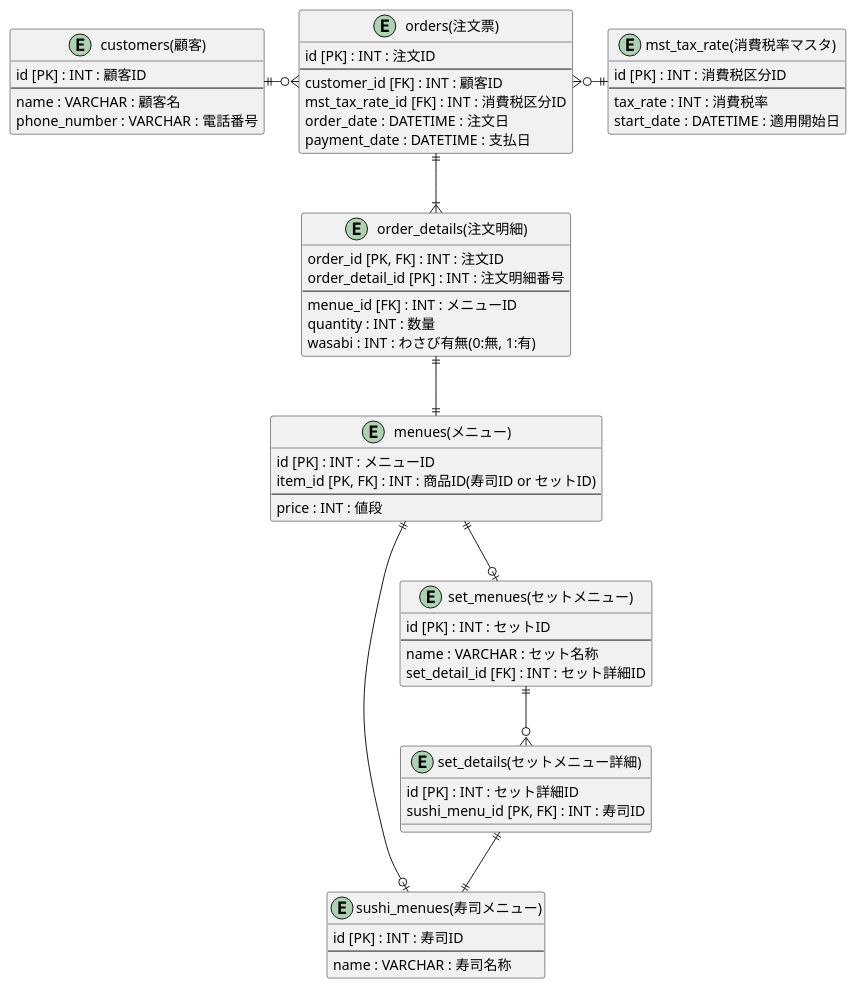
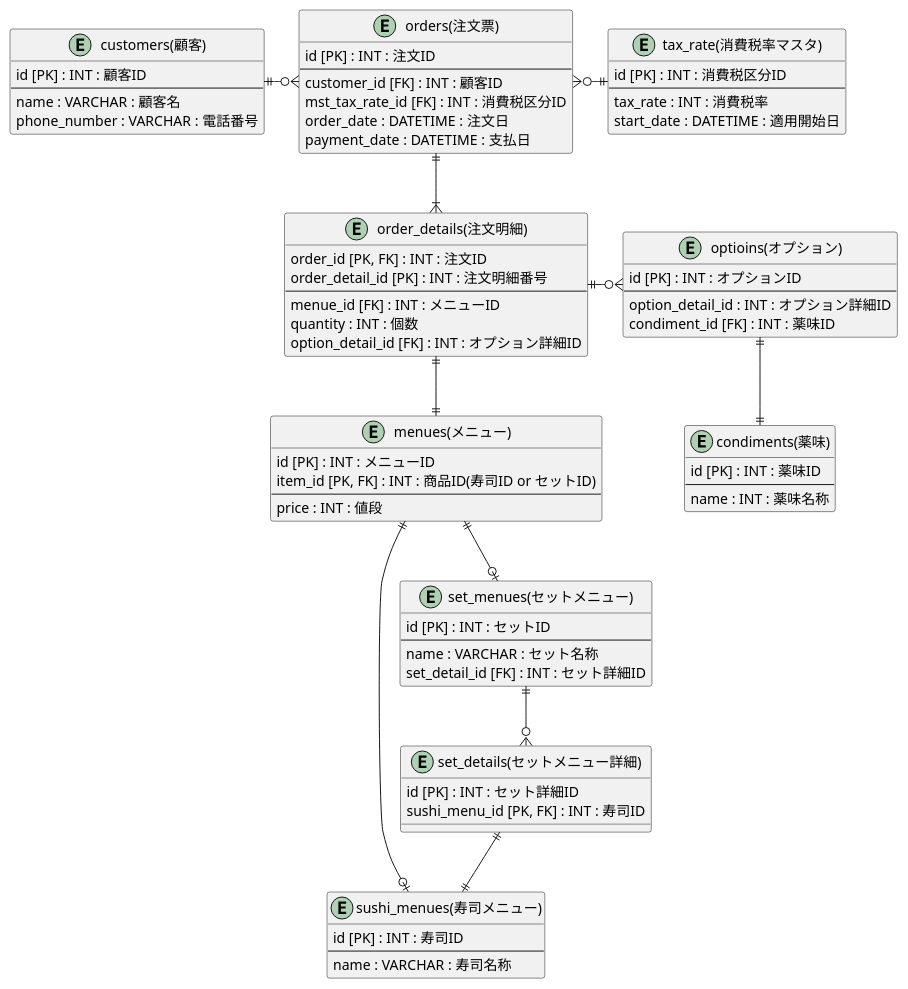
The diagram in I84PdeRyF2ApGF/db_modeling01/task_01/dbModeling_01.pu (praha-inc/praha-challenge-7), drawn with PlantUML before and after one commit.

Commit message:
[Update] er図 オプションテーブルの追加

```diff
--- a/I84PdeRyF2ApGF/db_modeling01/task_01/dbModeling_01.pu
+++ b/I84PdeRyF2ApGF/db_modeling01/task_01/dbModeling_01.pu
@@ -1,81 +1,96 @@
 @startuml dbModeling1
     Entity "menues(メニュー)" as menues {
         id [PK] : INT : メニューID
         item_id [PK, FK] : INT : 商品ID(寿司ID or セットID)
         --
         price : INT : 値段
     }
 
     Entity "sushi_menues(寿司メニュー)" as sushi_menues {
         id [PK] : INT : 寿司ID
         --
         name : VARCHAR : 寿司名称
     }
 
     Entity "set_menues(セットメニュー)" as set_menues {
         id [PK] : INT : セットID
         --
         name : VARCHAR : セット名称
         set_detail_id [FK] : INT : セット詳細ID
     }
 
     Entity "set_details(セットメニュー詳細)" as set_details {
         id [PK] : INT : セット詳細ID
         sushi_menu_id [PK, FK] : INT : 寿司ID
     }
 
-    Entity "mst_tax_rate(消費税率マスタ)" as mst_tax_rate{
+    Entity "tax_rate(消費税率マスタ)" as tax_rate{
         id [PK] : INT : 消費税区分ID
         --
         tax_rate : INT : 消費税率
         start_date : DATETIME : 適用開始日
     }
 
     Entity "customers(顧客)" as customers {
         id [PK] : INT : 顧客ID
         --
         name : VARCHAR : 顧客名
         phone_number : VARCHAR : 電話番号
     }
 
     Entity "orders(注文票)" as orders {
         id [PK] : INT : 注文ID
         --
         customer_id [FK] : INT : 顧客ID
         mst_tax_rate_id [FK] : INT : 消費税区分ID 
         order_date : DATETIME : 注文日
         payment_date : DATETIME : 支払日
     }
 
     Entity "order_details(注文明細)" as order_details {
         order_id [PK, FK] : INT : 注文ID 
         order_detail_id [PK] : INT : 注文明細番号 
         --
         menue_id [FK] : INT : メニューID
-        quantity : INT : 数量
-        wasabi : INT : わさび有無(0:無, 1:有)
+        quantity : INT : 個数
+        option_detail_id [FK] : INT : オプション詳細ID
     }
+
+    Entity "optioins(オプション)" as options{
+        id [PK] : INT : オプションID
+        --
+        option_detail_id : INT : オプション詳細ID
+        condiment_id [FK] : INT : 薬味ID 
+    }
+
+    Entity "condiments(薬味)" as condiments{
+        id [PK] : INT : 薬味ID
+        --
+        name : INT : 薬味名称
+    } 
 
     orders }o-l-|| customers
     orders ||--|{ order_details
     order_details  ||--|| menues
     menues ||--o| sushi_menues
     menues ||--o| set_menues
     set_menues ||--o{ set_details
     set_details ||--|| sushi_menues
-    orders }o-r-|| mst_tax_rate
+    orders }o-r-|| tax_rate
+    order_details ||-r-o{ options
+    options ||--|| condiments
 
     ' * 主キー
     ' + 外部キー
     ' カラム名 : 型 : 説明
 
     ' 1対０また1
     ' A ||--o| B
     ' 1対1
     ' A ||--|| B
     ' 1対0以上
     ' A ||--o{ B
     ' 1対1以上
     ' A ||--|{ B
 
 @enduml
```
